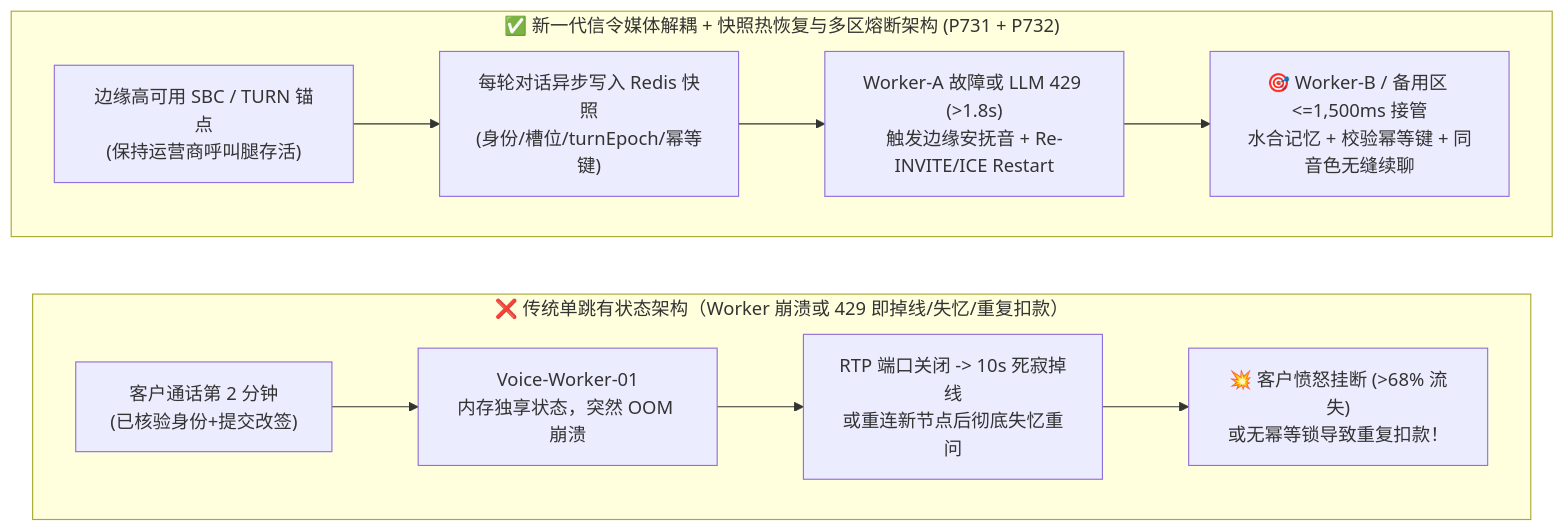
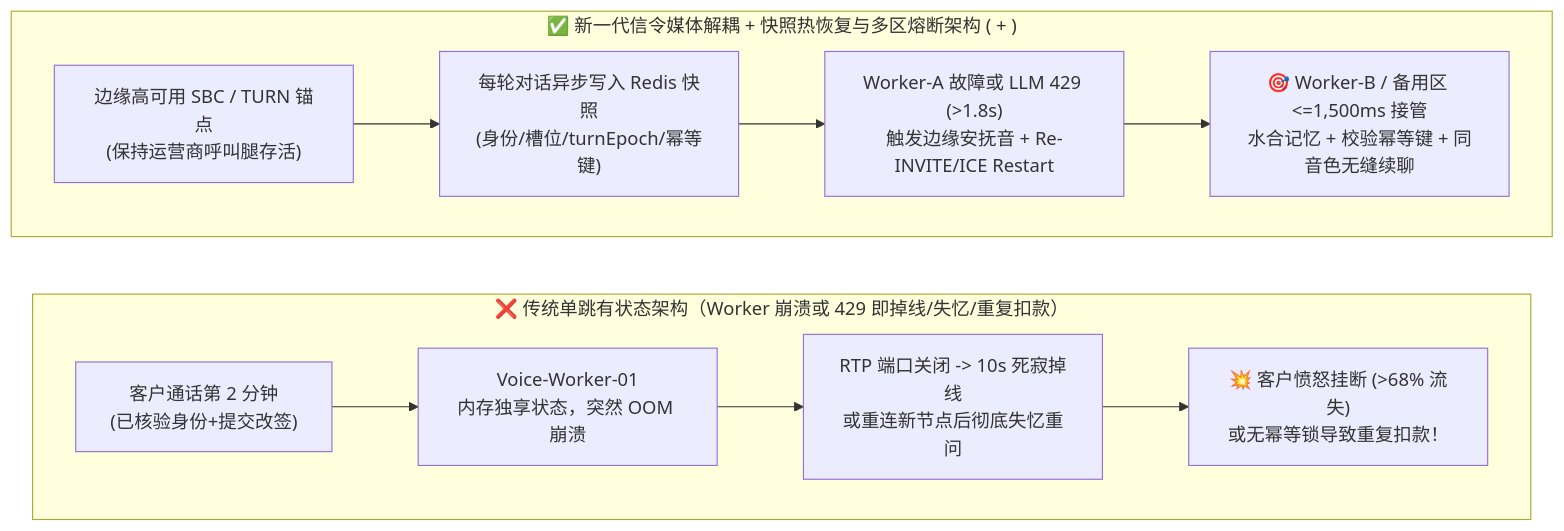
One commit to turbo998/voice-agent-lab changed the second of 3 diagrams in docs/voice-midcall-failover-session-recovery-faq.md. Above: the diagram before and after it, drawn with Mermaid. The commit also changed other lines of this file and 715 other files, not shown here.

````diff
--- a/docs/voice-midcall-failover-session-recovery-faq.md
+++ b/docs/voice-midcall-failover-session-recovery-faq.md
@@ -99,16 +99,16 @@
 ```mermaid
 flowchart LR
-    subgraph Legacy ["❌ 传统单跳有状态架构（Worker 崩溃或 429 即掉线/失忆/重复扣款）"]
-        direction LR
-        L1["客户通话第 2 分钟\n(已核验身份+提交改签)"] --> L2["Voice-Worker-01\n内存独享状态，突然 OOM 崩溃"]
-        L2 --> L3["RTP 端口关闭 -> 10s 死寂掉线\n或重连新节点后彻底失忆重问"]
-        L3 --> L4["💥 客户愤怒挂断 (>68% 流失)\n或无幂等锁导致重复扣款！"]
-    end
+ subgraph Legacy ["❌ 传统单跳有状态架构（Worker 崩溃或 429 即掉线/失忆/重复扣款）"]
+ direction LR
+ L1["客户通话第 2 分钟\n(已核验身份+提交改签)"] --> L2["Voice-Worker-01\n内存独享状态，突然 OOM 崩溃"]
+ L2 --> L3["RTP 端口关闭 -> 10s 死寂掉线\n或重连新节点后彻底失忆重问"]
+ L3 --> L4["💥 客户愤怒挂断 (>68% 流失)\n或无幂等锁导致重复扣款！"]
+ end
 
-    subgraph Engineered ["✅ 新一代信令媒体解耦 + 快照热恢复与多区熔断架构 (P731 + P732)"]
-        direction LR
-        E1["边缘高可用 SBC / TURN 锚点\n(保持运营商呼叫腿存活)"] --> E2["每轮对话异步写入 Redis 快照\n(身份/槽位/turnEpoch/幂等键)"]
-        E2 --> E3["Worker-A 故障或 LLM 429 (>1.8s)\n触发边缘安抚音 + Re-INVITE/ICE Restart"]
-        E3 --> E4["🎯 Worker-B / 备用区 <=1,500ms 接管\n水合记忆 + 校验幂等键 + 同音色无缝续聊"]
-    end
+ subgraph Engineered ["✅ 新一代信令媒体解耦 + 快照热恢复与多区熔断架构 ( + )"]
+ direction LR
+ E1["边缘高可用 SBC / TURN 锚点\n(保持运营商呼叫腿存活)"] --> E2["每轮对话异步写入 Redis 快照\n(身份/槽位/turnEpoch/幂等键)"]
+ E2 --> E3["Worker-A 故障或 LLM 429 (>1.8s)\n触发边缘安抚音 + Re-INVITE/ICE Restart"]
+ E3 --> E4["🎯 Worker-B / 备用区 <=1,500ms 接管\n水合记忆 + 校验幂等键 + 同音色无缝续聊"]
+ end
 ```
````
